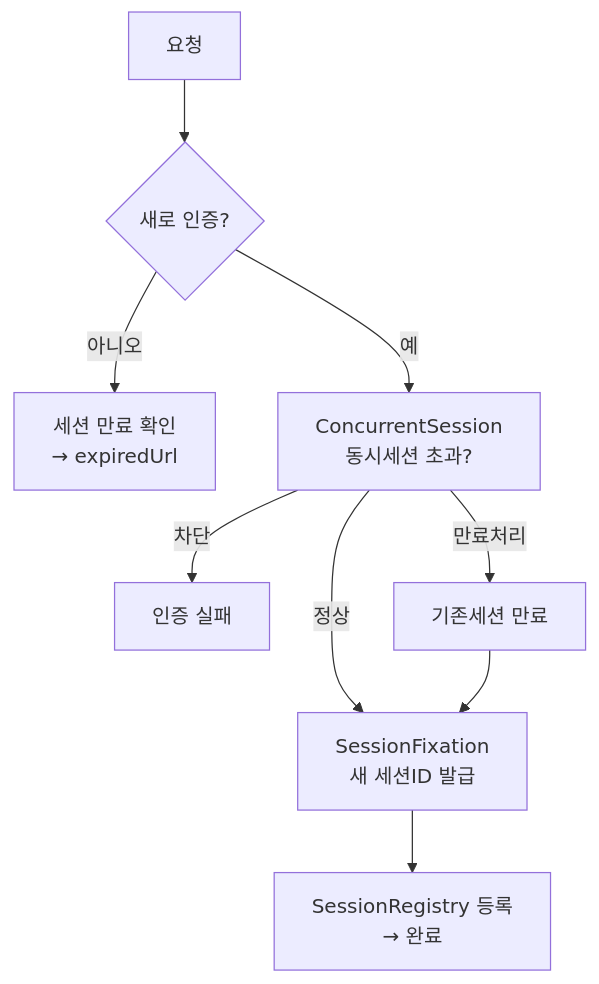
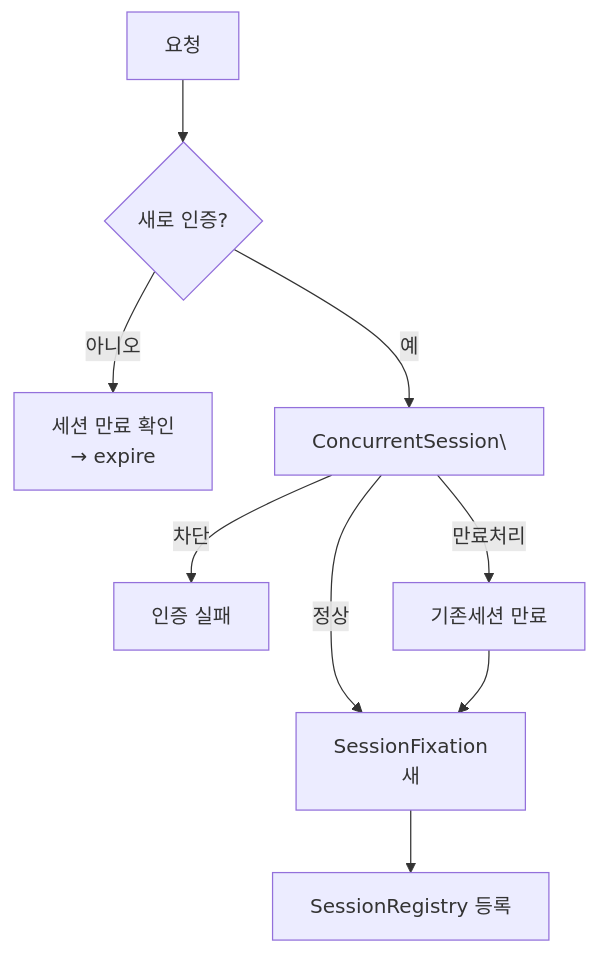
Before and after one commit to yjkim2015/yjkim2015.github.io: the third of 4 diagrams in _posts/security/2021-02-18-세션 제어 필터.md, drawn with Mermaid. The commit also changed other lines of this file and 271 other files, not shown here.

First line of the commit message:
Mermaid 라벨 축소: 긴 노드 텍스트 18자 이하로 트림 + \n 제거

````diff
--- a/_posts/security/2021-02-18-세션 제어 필터.md
+++ b/_posts/security/2021-02-18-세션 제어 필터.md
@@ -115,11 +115,11 @@
 ```mermaid
 flowchart TD
     A["요청"] --> B{"새로 인증?"}
-    B -- "아니오" --> C["세션 만료 확인\n→ expiredUrl"]
-    B -- "예" --> D["ConcurrentSession\n동시세션 초과?"]
+    B -- "아니오" --> C["세션 만료 확인\n→ expire"]
+    B -- "예" --> D["ConcurrentSession\"]
     D -- "차단" --> E["인증 실패"]
     D -- "만료처리" --> F["기존세션 만료"]
-    D -- "정상" --> G["SessionFixation\n새 세션ID 발급"]
+    D -- "정상" --> G["SessionFixation\n새"]
     F --> G
-    G --> H["SessionRegistry 등록\n→ 완료"]
+    G --> H["SessionRegistry 등록"]
 ```
````
